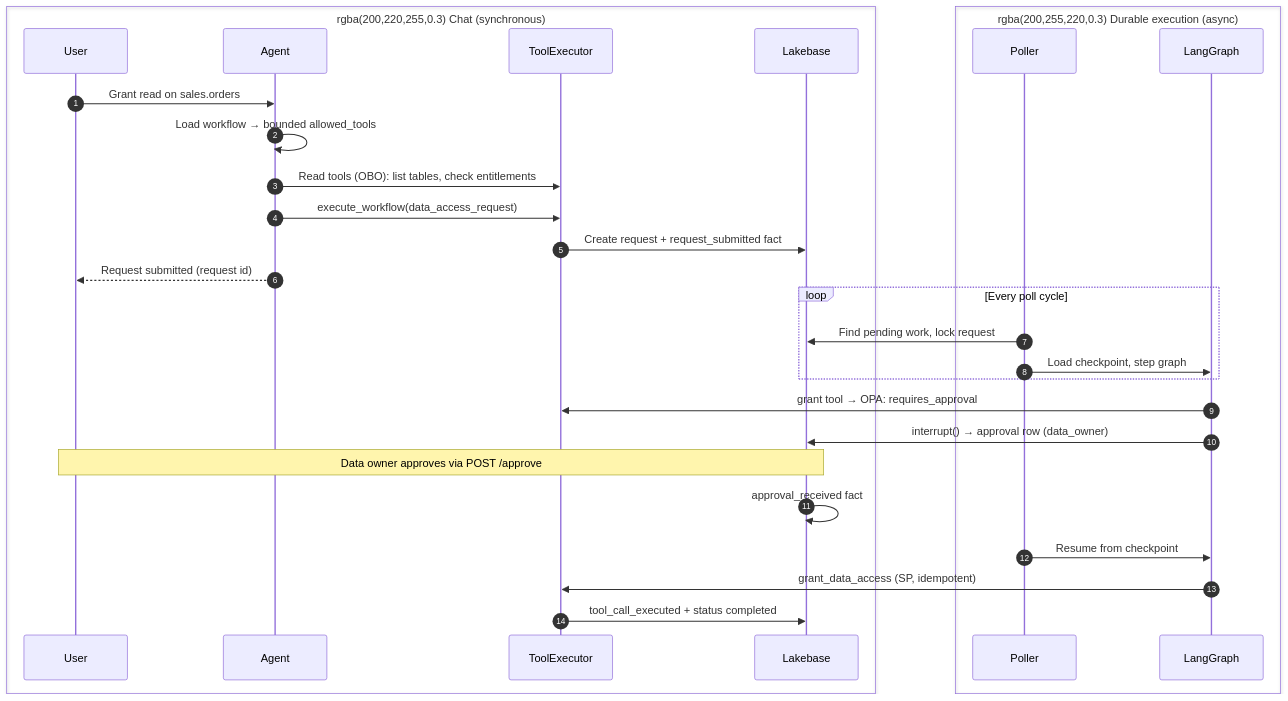
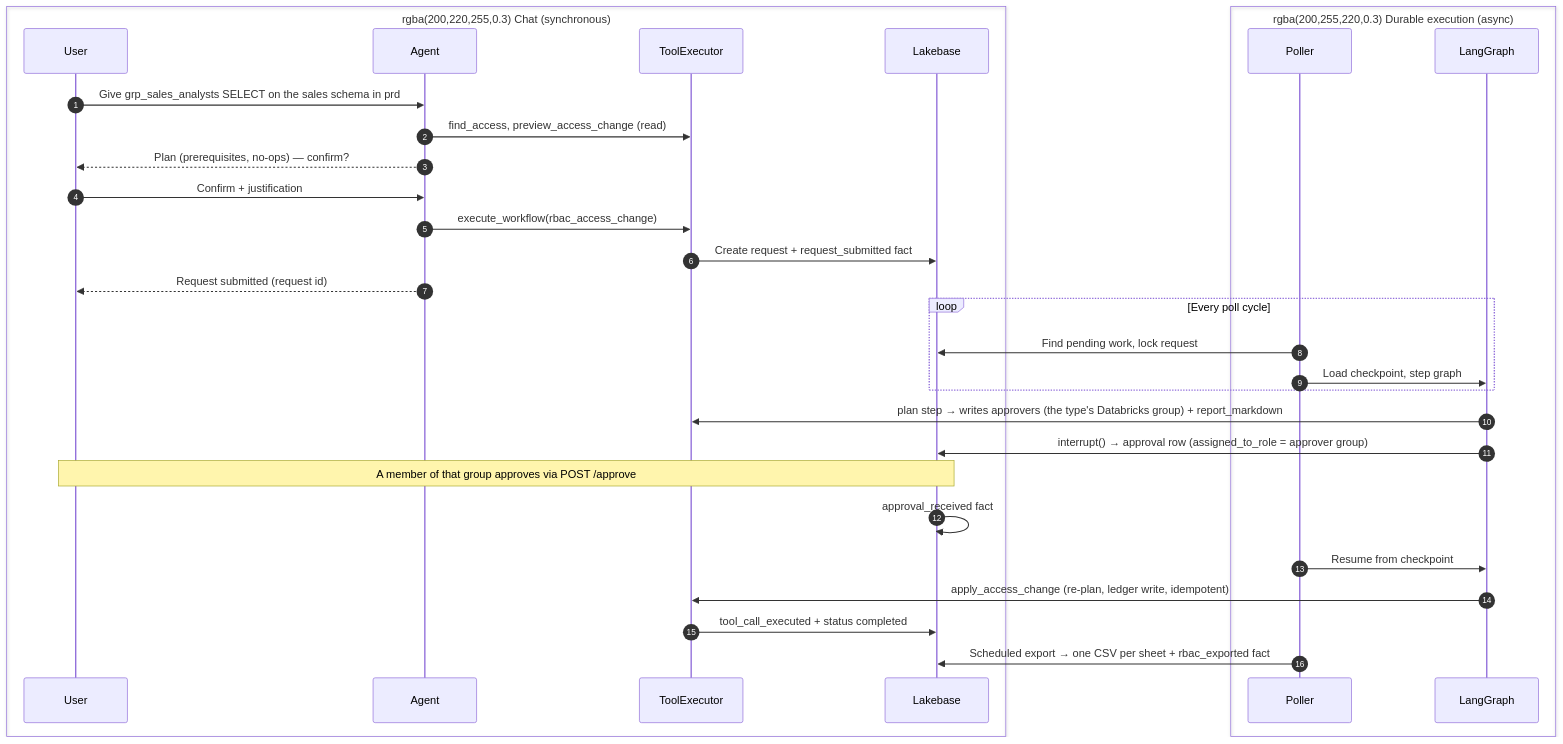
Before and after one commit to TaylorAHanson/ssc: the fourth of 4 diagrams in docs/ARCHITECTURE.md, drawn with Mermaid. The commit also changed other lines of this file and 121 other files, not shown here.

First line of the commit message:
Release v1.10.0: Access Rules replaces the RBAC workbook

````diff
--- a/docs/ARCHITECTURE.md
+++ b/docs/ARCHITECTURE.md
@@ -476,37 +478,39 @@
 ```mermaid
 sequenceDiagram
     autonumber
     box rgba(200,220,255,0.3) Chat (synchronous)
         participant U as User
         participant A as Agent
         participant X as ToolExecutor
         participant DB as Lakebase
     end
 
-    U->>A: Grant read on sales.orders
-    A->>A: Load workflow → bounded allowed_tools
-    A->>X: Read tools (OBO): list tables, check entitlements
-    A->>X: execute_workflow(data_access_request)
+    U->>A: Give grp_sales_analysts SELECT on the sales schema in prd
+    A->>X: find_access, preview_access_change (read)
+    A-->>U: Plan (prerequisites, no-ops) — confirm?
+    U->>A: Confirm + justification
+    A->>X: execute_workflow(rbac_access_change)
     X->>DB: Create request + request_submitted fact
     A-->>U: Request submitted (request id)
 
     box rgba(200,255,220,0.3) Durable execution (async)
         participant P as Poller
         participant G as LangGraph
     end
 
     loop Every poll cycle
         P->>DB: Find pending work, lock request
         P->>G: Load checkpoint, step graph
     end
 
-    G->>X: grant tool → OPA: requires_approval
-    G->>DB: interrupt() → approval row (data_owner)
+    G->>X: plan step → writes approvers (the type's Databricks group) + report_markdown
+    G->>DB: interrupt() → approval row (assigned_to_role = approver group)
 
-    Note over U,DB: Data owner approves via POST /approve
+    Note over U,DB: A member of that group approves via POST /approve
 
     DB->>DB: approval_received fact
     P->>G: Resume from checkpoint
-    G->>X: grant_data_access (SP, idempotent)
+    G->>X: apply_access_change (re-plan, ledger write, idempotent)
     X->>DB: tool_call_executed + status completed
+    P->>DB: Scheduled export → one CSV per sheet + rbac_exported fact
 ```
````
